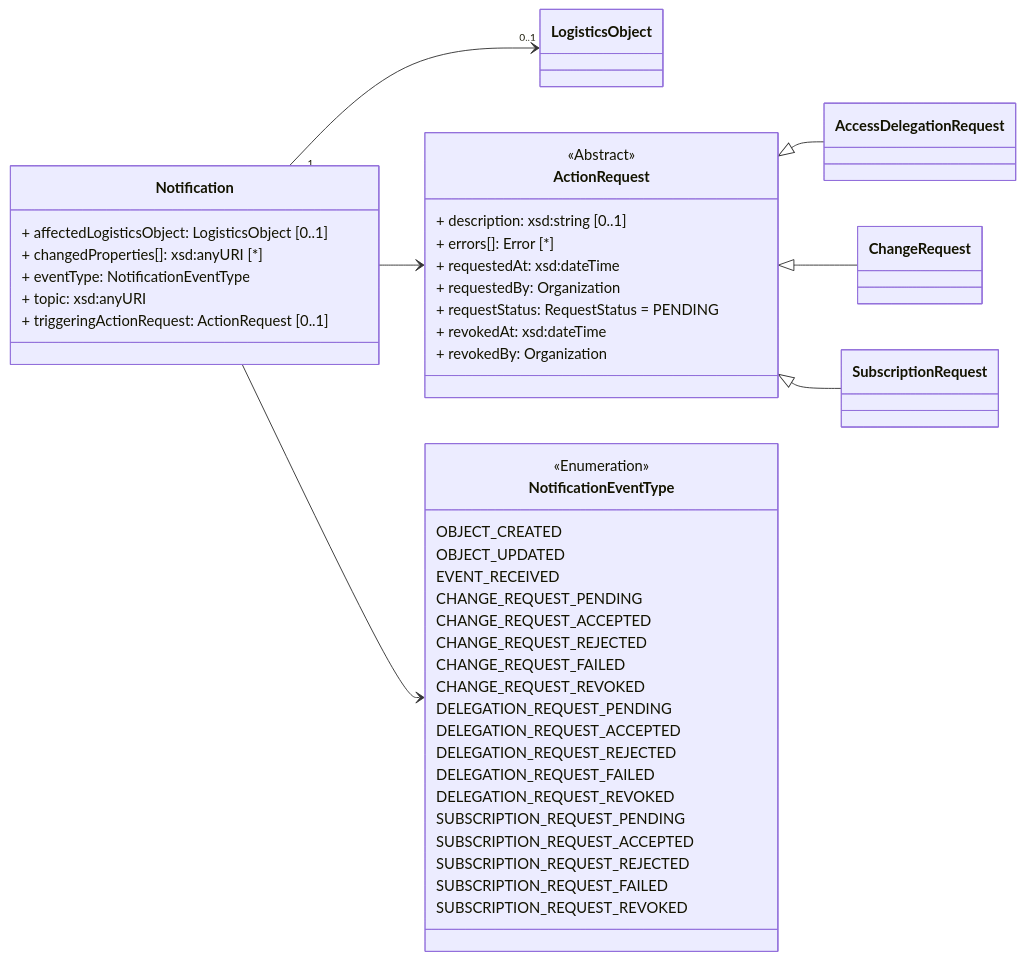
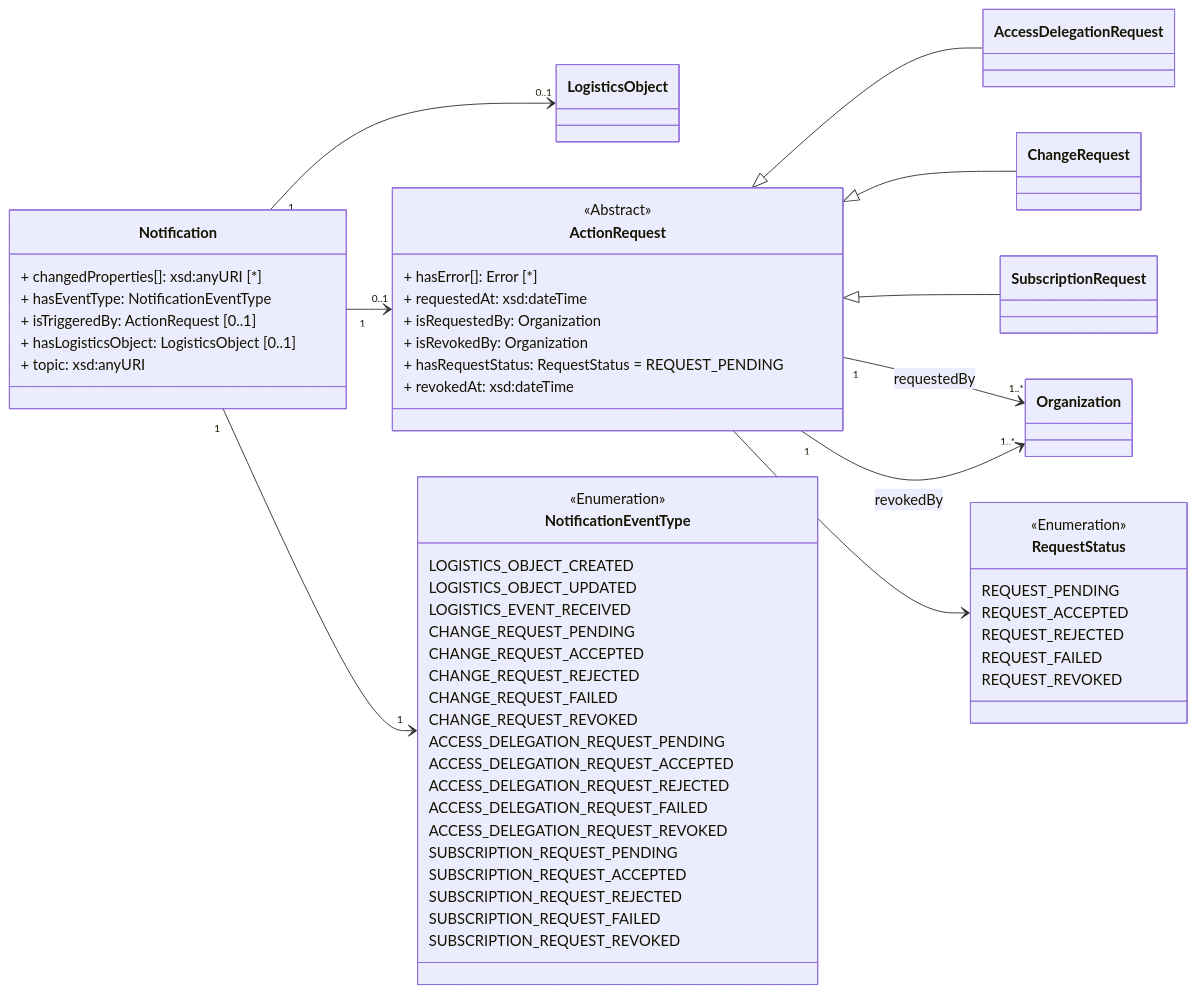
Before and after one commit to IATA-Cargo/ONE-Record: the diagram in working_draft/API/docs/notifications.md, drawn with Mermaid. The commit also changed other lines of this file and 42 other files, not shown here.

Commit message:
inroduced action requests and finished notifications, subscriptions, and access delegations

````diff
--- a/working_draft/API/docs/notifications.md
+++ b/working_draft/API/docs/notifications.md
@@ -12,60 +12,76 @@
 ```mermaid
     classDiagram
 
     direction LR   
 
     class LogisticsObject{                
     }
 
+    class Organization{        
+    }  
+
     class ActionRequest {
-        <<Abstract>> 
-        + description: xsd:string [0..1]
-        + errors[]: Error [*]
+        <<Abstract>>         
+        + hasError[]: Error [*]
         + requestedAt: xsd:dateTime         
-        + requestedBy: Organization    
-        + requestStatus: RequestStatus = PENDING
-        + revokedAt: xsd:dateTime         
-        + revokedBy: Organization 
+        + isRequestedBy: Organization            
+        + isRevokedBy: Organization 
+        + hasRequestStatus: RequestStatus = REQUEST_PENDING
+        + revokedAt: xsd:dateTime                 
     }
     ActionRequest <|-- AccessDelegationRequest
     ActionRequest <|-- ChangeRequest
     ActionRequest <|-- SubscriptionRequest
 
+    ActionRequest "1" --> "1..*" Organization : requestedBy    
+    ActionRequest --> RequestStatus                
+    ActionRequest "1" --> "1..*" Organization : revokedBy
+
     class Notification{
-        + affectedLogisticsObject: LogisticsObject [0..1]        
-        + changedProperties[]: xsd:anyURI [*]
-        + eventType: NotificationEventType
+        + changedProperties[]: xsd:anyURI [*]        
+        + hasEventType: NotificationEventType
+        + isTriggeredBy: ActionRequest [0..1]  
+        + hasLogisticsObject: LogisticsObject [0..1]                
         + topic: xsd:anyURI
-        + triggeringActionRequest: ActionRequest [0..1]  
+        
     }
     Notification "1"--> "0..1" LogisticsObject
-    Notification --> NotificationEventType
-    Notification --> ActionRequest    
+    Notification "1" --> "1" NotificationEventType
+    Notification "1" --> "0..1" ActionRequest  
 
     class NotificationEventType{
         <<Enumeration>>
-        OBJECT_CREATED
-        OBJECT_UPDATED
+        LOGISTICS_OBJECT_CREATED
+        LOGISTICS_OBJECT_UPDATED
 
-        EVENT_RECEIVED
+        LOGISTICS_EVENT_RECEIVED
 
         CHANGE_REQUEST_PENDING
         CHANGE_REQUEST_ACCEPTED                
         CHANGE_REQUEST_REJECTED
         CHANGE_REQUEST_FAILED        
         CHANGE_REQUEST_REVOKED
         
 
-        DELEGATION_REQUEST_PENDING
-        DELEGATION_REQUEST_ACCEPTED                
-        DELEGATION_REQUEST_REJECTED
-        DELEGATION_REQUEST_FAILED
-        DELEGATION_REQUEST_REVOKED
+        ACCESS_DELEGATION_REQUEST_PENDING
+        ACCESS_DELEGATION_REQUEST_ACCEPTED                
+        ACCESS_DELEGATION_REQUEST_REJECTED
+        ACCESS_DELEGATION_REQUEST_FAILED
+        ACCESS_DELEGATION_REQUEST_REVOKED
 
         SUBSCRIPTION_REQUEST_PENDING
         SUBSCRIPTION_REQUEST_ACCEPTED                
         SUBSCRIPTION_REQUEST_REJECTED
         SUBSCRIPTION_REQUEST_FAILED
         SUBSCRIPTION_REQUEST_REVOKED
     }
+
+    class RequestStatus{
+        <<Enumeration>>
+        REQUEST_PENDING
+        REQUEST_ACCEPTED
+        REQUEST_REJECTED
+        REQUEST_FAILED
+        REQUEST_REVOKED        
+    }
 ```
````
